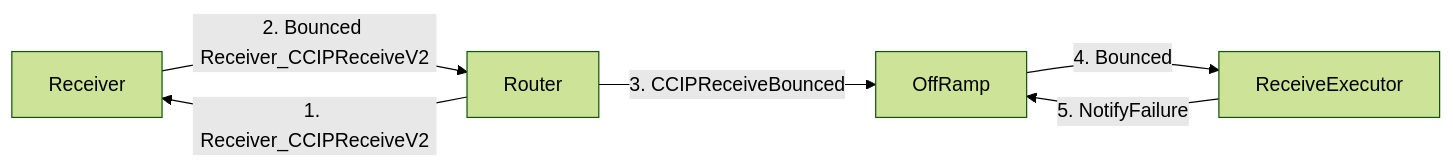
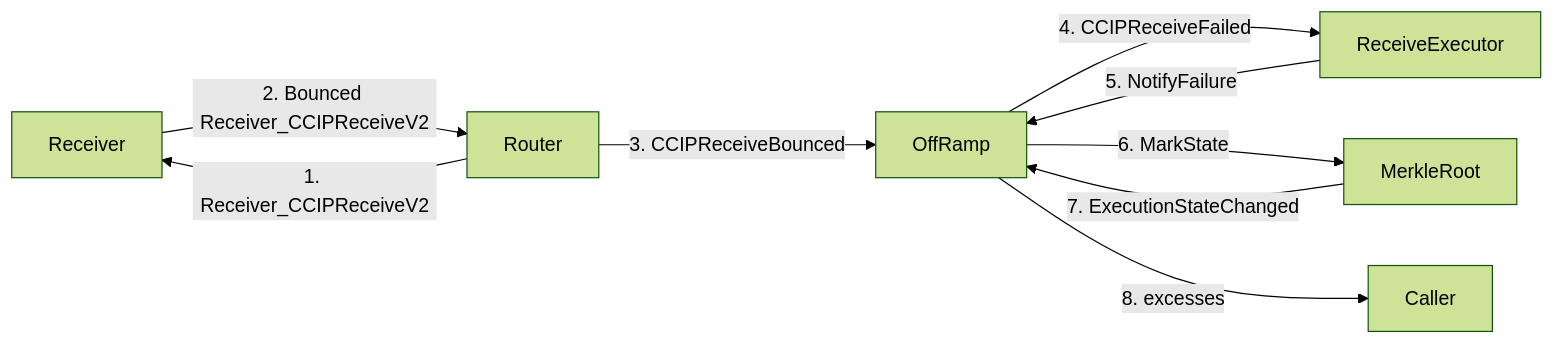
The sixth of 7 diagrams in docs/contracts/overview/ccip/offramp/arbitrary-msg.md (smartcontractkit/chainlink-ton), drawn with Mermaid (forest theme) before and after one commit. The commit also changed other lines of this file and 17 other files, not shown here.

````diff
--- a/docs/contracts/overview/ccip/offramp/arbitrary-msg.md
+++ b/docs/contracts/overview/ccip/offramp/arbitrary-msg.md
@@ -172,13 +238,18 @@
 ```mermaid
 graph LR
     RCV["Receiver"]
     R["Router"]
     OFR["OffRamp"]
     RE["ReceiveExecutor"]
+    MR["MerkleRoot"]
+    C["Caller"]
 
     R -->|1. Receiver_CCIPReceiveV2| RCV
     RCV -->|2. Bounced Receiver_CCIPReceiveV2| R
     R -->|3. CCIPReceiveBounced| OFR
-    OFR -->|4. Bounced| RE
+    OFR -->|4. CCIPReceiveFailed| RE
     RE -->|5. NotifyFailure| OFR
+    OFR -->|6. MarkState| MR
+    MR -->|7. ExecutionStateChanged| OFR
+    OFR -->|8. excesses| C
 ```
````
